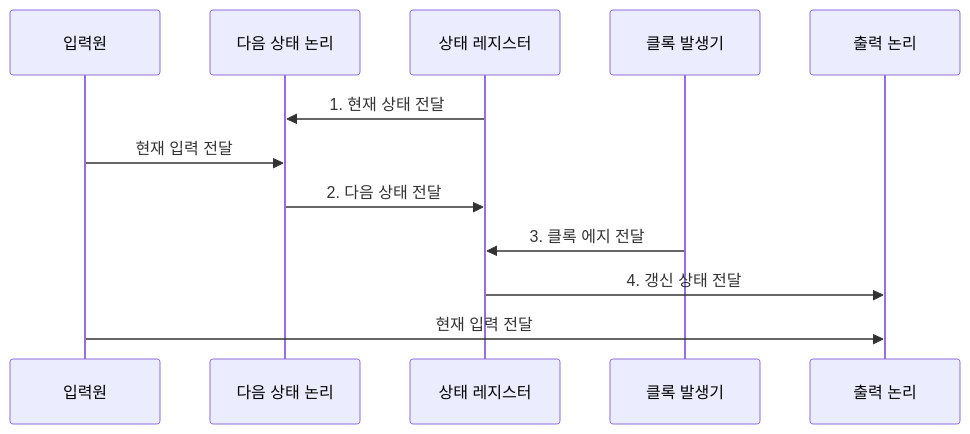
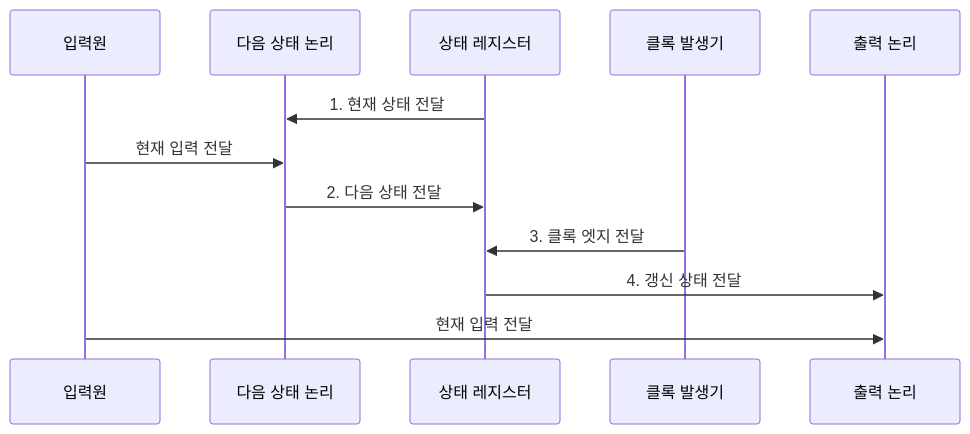
The second of 2 diagrams in src/content/docs/notes/01-basic-theory/027_sequential_logic.md (agnusdei1207/knowledge-base), drawn with Mermaid before and after one commit. The commit also changed other lines of this file, not shown here.

````diff
--- a/src/content/docs/notes/01-basic-theory/027_sequential_logic.md
+++ b/src/content/docs/notes/01-basic-theory/027_sequential_logic.md
@@ -93,14 +97,14 @@
 ```mermaid
 sequenceDiagram
     participant I as 입력원
     participant N as 다음 상태 논리
     participant R as 상태 레지스터
     participant C as 클록 발생기
     participant O as 출력 논리
     R->>N: 1. 현재 상태 전달
     I->>N: 현재 입력 전달
     N->>R: 2. 다음 상태 전달
-    C->>R: 3. 클록 에지 전달
+    C->>R: 3. 클록 엣지 전달
     R->>O: 4. 갱신 상태 전달
     I->>O: 현재 입력 전달
 ```
````
